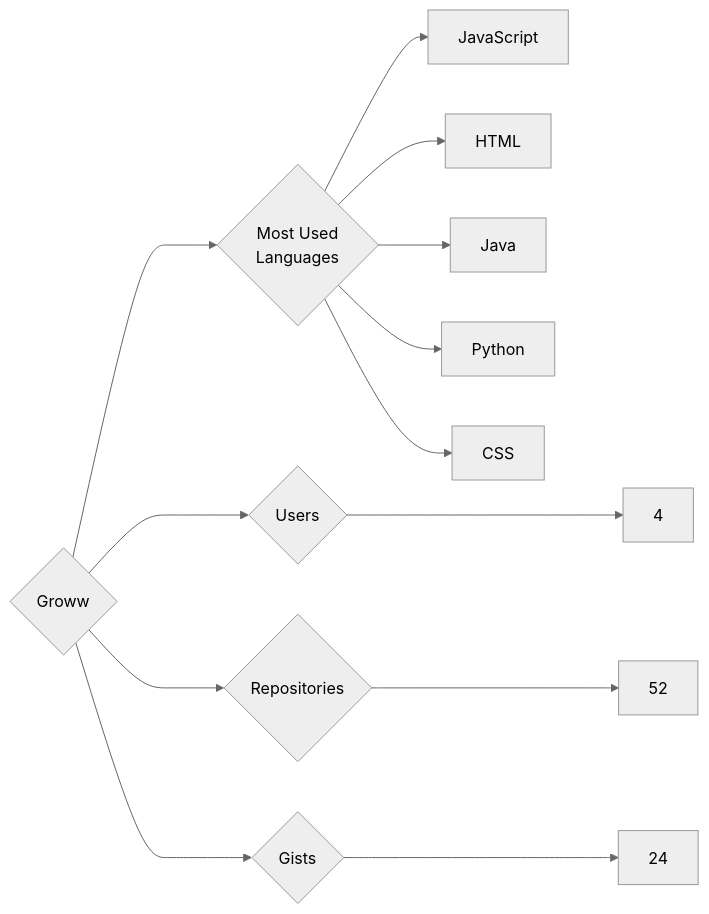
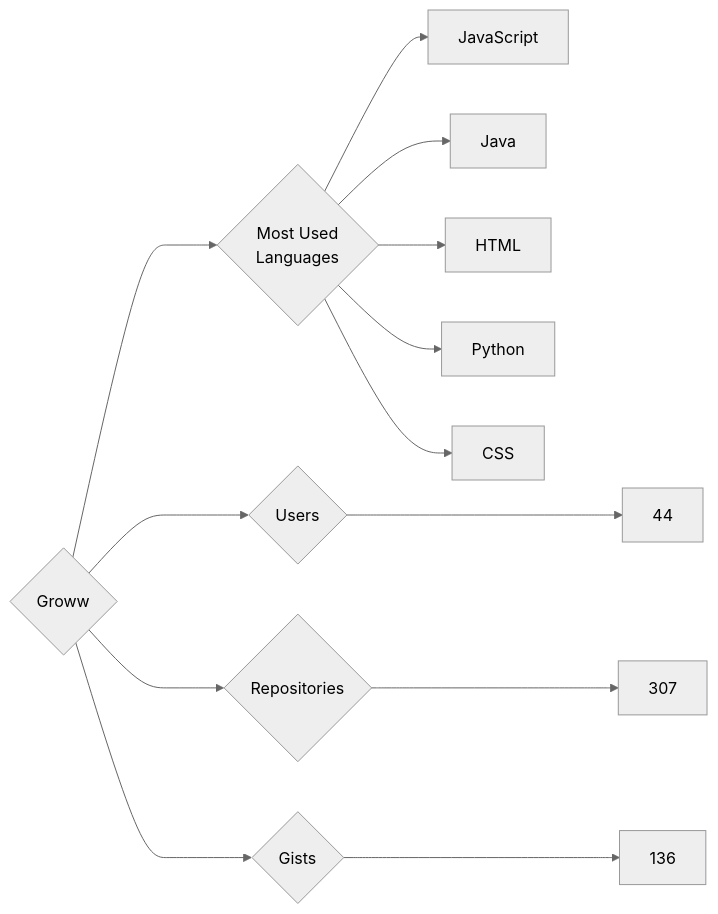
One commit to trickest/insiders changed the diagram in targets/Groww/README.md. Above: the diagram before and after it, drawn with Mermaid (neutral theme). The commit also changed 861 other files, not shown here.

````diff
--- a/targets/Groww/README.md
+++ b/targets/Groww/README.md
@@ -3,13 +3,13 @@
 ```mermaid
 graph LR
 COMPANY_NAME{Groww}
-COMPANY_NAME ---> U{Users} ---> UN[4]
-COMPANY_NAME ---> R{Repositories} ---> RN[52]
-COMPANY_NAME ---> G{Gists} ---> GN[24]
+COMPANY_NAME ---> U{Users} ---> UN[44]
+COMPANY_NAME ---> R{Repositories} ---> RN[307]
+COMPANY_NAME ---> G{Gists} ---> GN[136]
 COMPANY_NAME ---> ML{Most Used<br>Languages}
 ML --> JavaScript[JavaScript]
+ML --> Java[Java]
 ML --> HTML[HTML]
-ML --> Java[Java]
 ML --> Python[Python]
 ML --> CSS[CSS]
 ```
````
